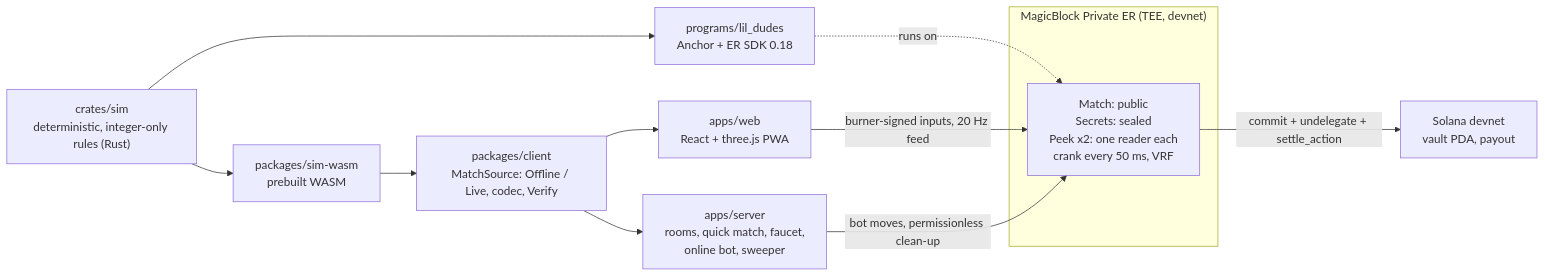
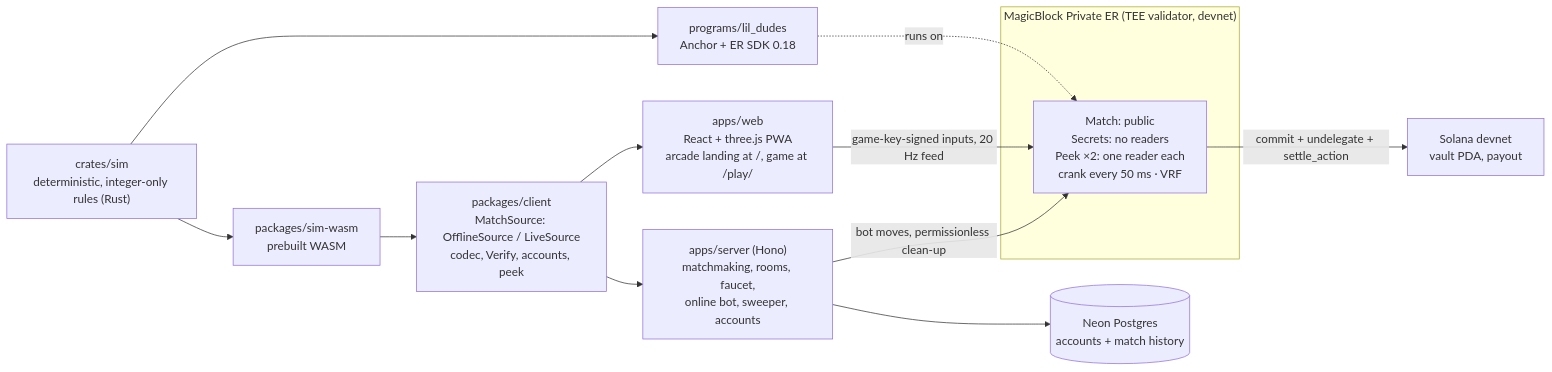
Before and after one commit to BlackslateLabs/lil-dudes-go-brr: the diagram in README.md, drawn with Mermaid. The commit also changed other lines of this file and 1 other file, not shown here.

````diff
--- a/README.md
+++ b/README.md
@@ -79,16 +107,17 @@
 ```mermaid
 flowchart LR
   SIM["crates/sim<br/>deterministic, integer-only rules (Rust)"]
   SIM --> PROG["programs/lil_dudes<br/>Anchor + ER SDK 0.18"]
   SIM --> WASM["packages/sim-wasm<br/>prebuilt WASM"]
-  WASM --> CLIENT["packages/client<br/>MatchSource: Offline / Live, codec, Verify"]
-  CLIENT --> WEB["apps/web<br/>React + three.js PWA"]
-  CLIENT --> SERVER["apps/server<br/>rooms, quick match, faucet,<br/>online bot, sweeper"]
-  subgraph PER["MagicBlock Private ER (TEE, devnet)"]
-    TEE["Match: public<br/>Secrets: sealed<br/>Peek x2: one reader each<br/>crank every 50 ms, VRF"]
+  WASM --> CLIENT["packages/client<br/>MatchSource: OfflineSource / LiveSource<br/>codec, Verify, accounts, peek"]
+  CLIENT --> WEB["apps/web<br/>React + three.js PWA<br/>arcade landing at /, game at /play/"]
+  CLIENT --> SERVER["apps/server (Hono)<br/>matchmaking, rooms, faucet,<br/>online bot, sweeper, accounts"]
+  SERVER --> PG[("Neon Postgres<br/>accounts + match history")]
+  subgraph PER["MagicBlock Private ER (TEE validator, devnet)"]
+    TEE["Match: public<br/>Secrets: no readers<br/>Peek ×2: one reader each<br/>crank every 50 ms · VRF"]
   end
   PROG -. runs on .-> TEE
-  WEB -- "burner-signed inputs, 20 Hz feed" --> TEE
+  WEB -- "game-key-signed inputs, 20 Hz feed" --> TEE
   SERVER -- "bot moves, permissionless clean-up" --> TEE
   TEE -- "commit + undelegate + settle_action" --> BASE["Solana devnet<br/>vault PDA, payout"]
 ```
````
